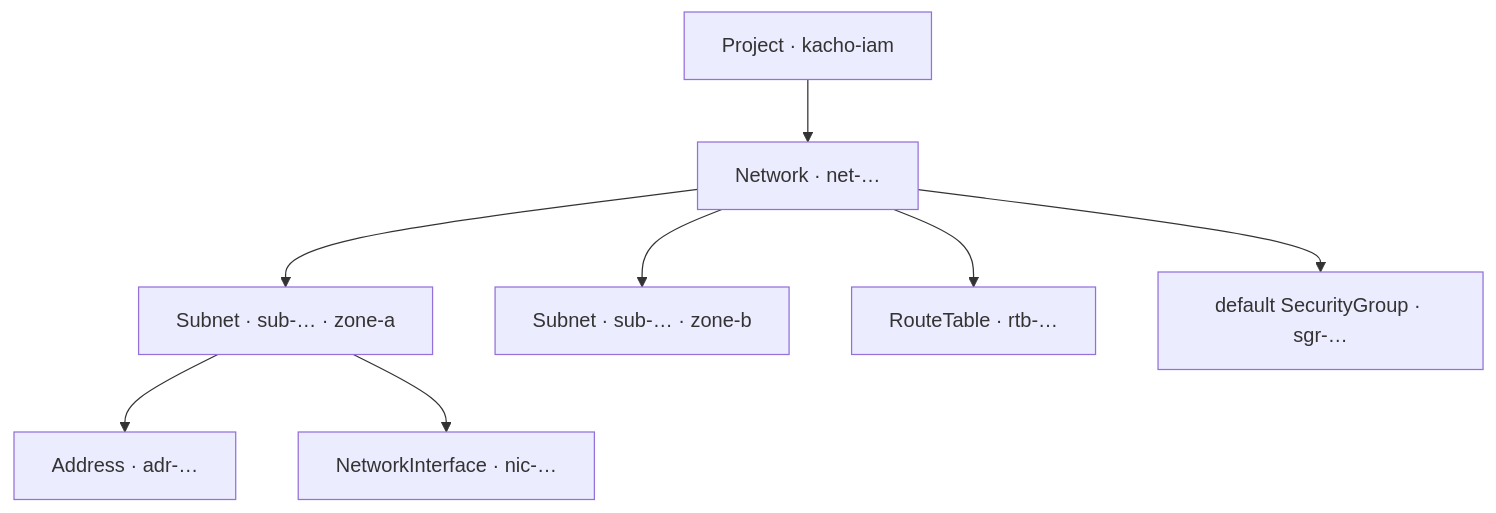
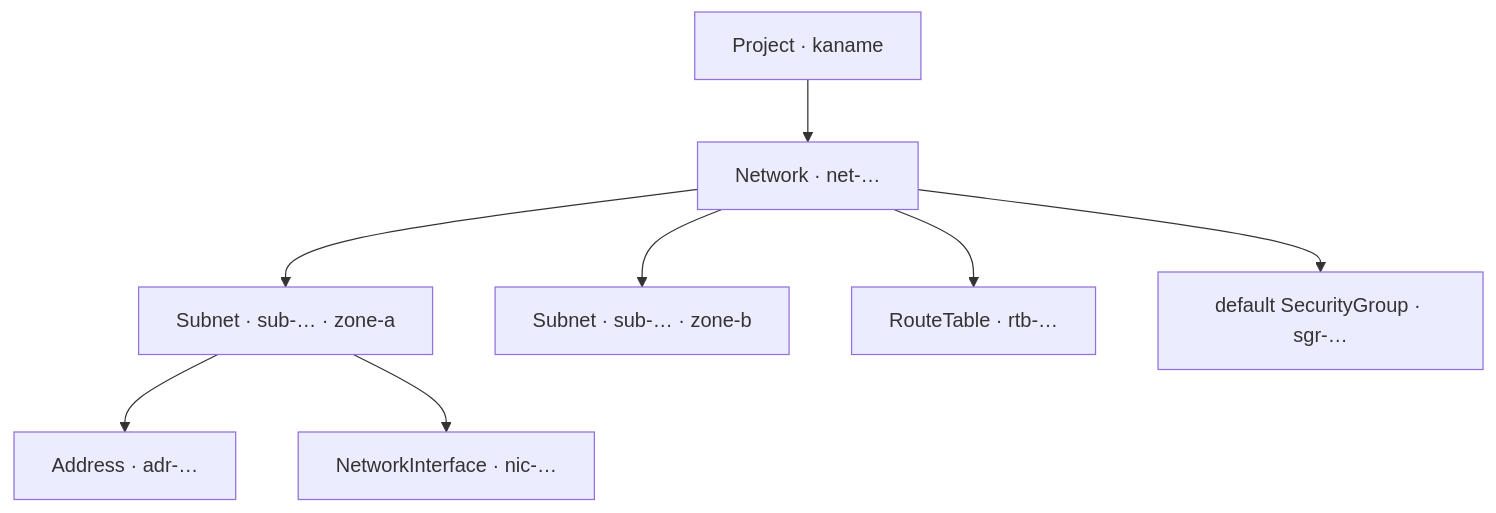
Before and after one commit to PRO-Robotech/kacho: the diagram in services/vpc/docs/content/api/network.mdx, drawn with Mermaid. The commit also changed other lines of this file and 5005 other files, not shown here.

````diff
--- a/services/vpc/docs/content/api/network.mdx
+++ b/services/vpc/docs/content/api/network.mdx
@@ -36,10 +36,10 @@
 ```mermaid
 graph TD
-  P[Project · kacho-iam] --> N[Network · net-…]
+  P[Project · kaname] --> N[Network · net-…]
   N --> S1[Subnet · sub-… · zone-a]
   N --> S2[Subnet · sub-… · zone-b]
   N --> RT[RouteTable · rtb-…]
   N --> SG[default SecurityGroup · sgr-…]
   S1 --> A[Address · adr-…]
   S1 --> NIC[NetworkInterface · nic-…]
 ```
````
